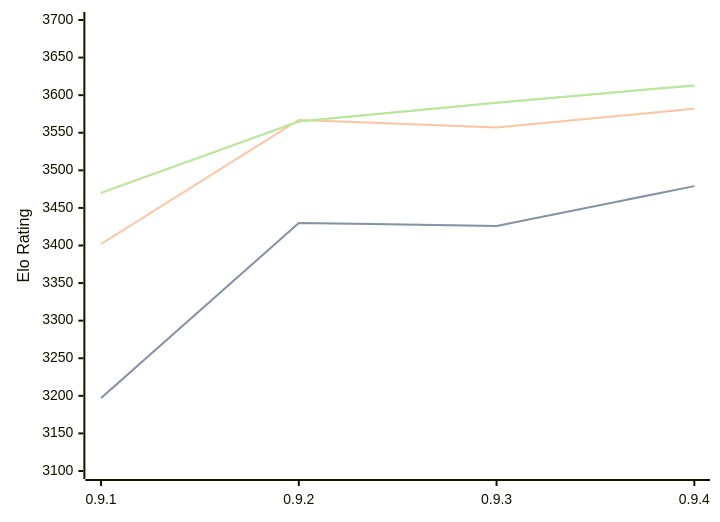
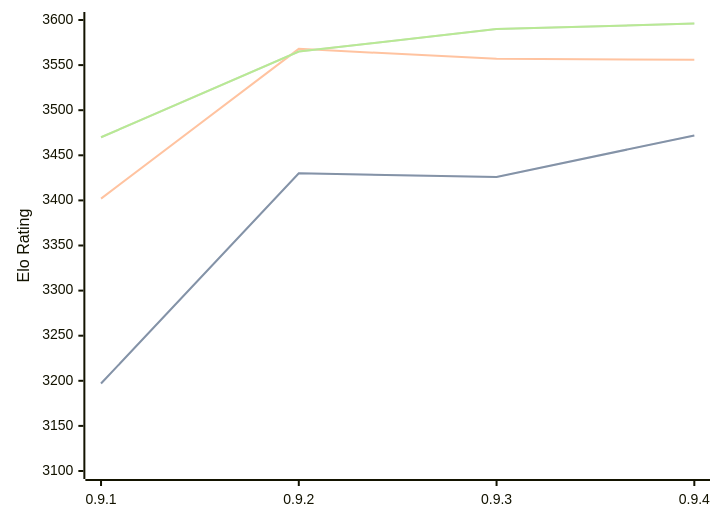
The diagram in engines/Coda.md (computer-chess-index/cci), drawn with Mermaid before and after one commit. The commit also changed other lines of this file, not shown here.

Commit message:
Update CCI Ratings (ELO VLTC) - 2026-08-24

````diff
--- a/engines/Coda.md
+++ b/engines/Coda.md
@@ -34,11 +34,11 @@
 ```mermaid
 %%{init: {"theme":"base","themeVariables":{"seriesColors:['#a3a3a3','#222221','#faa371']}}}%%
 xychart-beta
   x-axis ["0.9.1", "0.9.2", "0.9.3", "0.9.4"]
-  y-axis "Elo Rating" 3100 --> 3700
-  line "STC (8.0+0.08s)" [3197, 3430, 3426, 3479]
-  line "STC (8.0+0.08s)" [3197, 3430, 3426, 3479]
-  line "LTC (60.0+0.60s)" [3402, 3567, 3557, 3582]
-  line "VLTC (2m24s+1.12s)" [3470, 3565, 3590, 3613]
-  line "VLTC (2m24s+1.12s)" [3470, 3565, 3590, 3613]
+  y-axis "Elo Rating" 3100 --> 3600
+  line "STC (8.0+0.08s)" [3197, 3430, 3426, 3472]
+  line "STC (8.0+0.08s)" [3197, 3430, 3426, 3472]
+  line "LTC (60.0+0.60s)" [3402, 3568, 3557, 3556]
+  line "VLTC (2m24s+1.12s)" [3470, 3565, 3590, 3596]
+  line "VLTC (2m24s+1.12s)" [3470, 3565, 3590, 3596]
 ```
````
